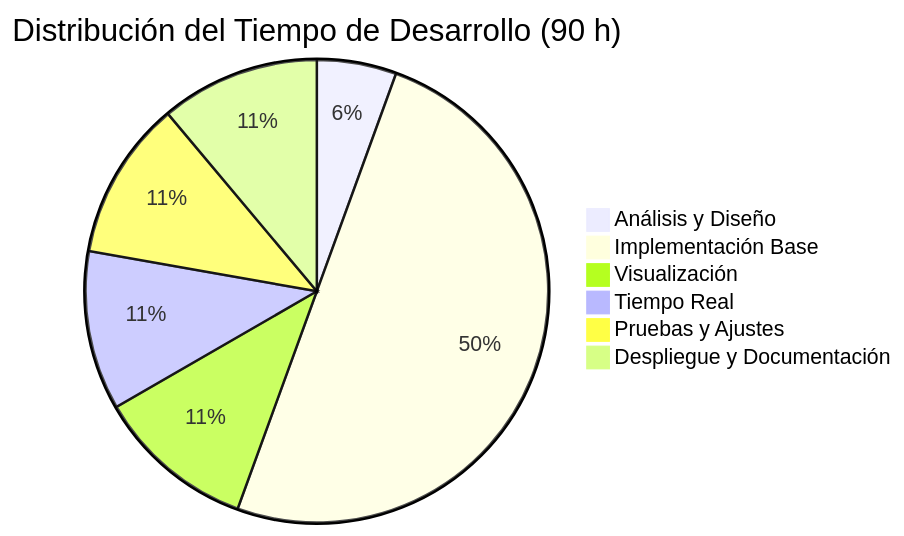
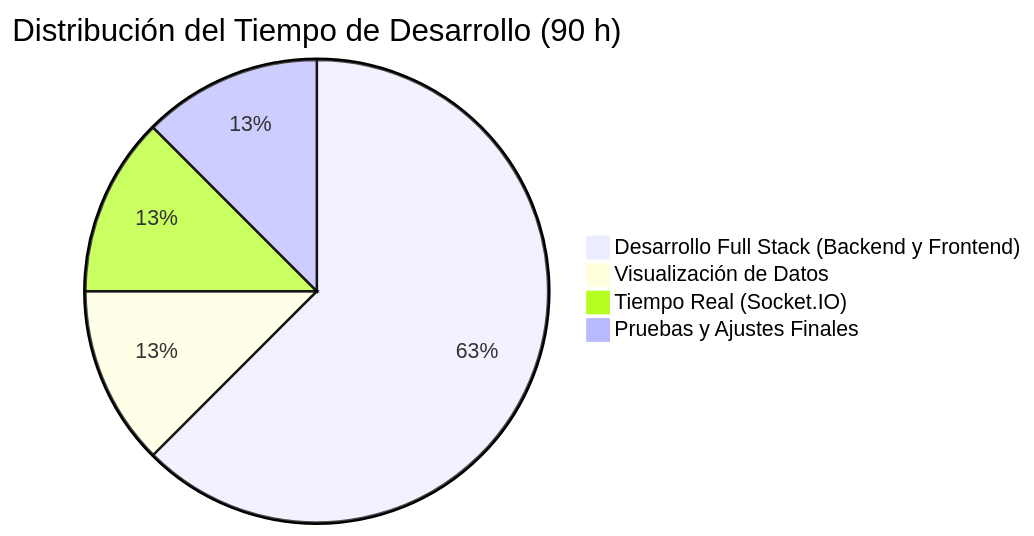
The sixth of 6 diagrams in README.md (Armadovich/BetterForms), drawn with Mermaid before and after one commit.

````diff
--- a/README.md
+++ b/README.md
@@ -202,10 +202,8 @@
 ```mermaid
 pie
     title Distribución del Tiempo de Desarrollo (90 h)
-    "Análisis y Diseño" : 5
-    "Implementación Base" : 45
-    "Visualización" : 10
-    "Tiempo Real" : 10
-    "Pruebas y Ajustes" : 10
-    "Despliegue y Documentación" : 10
+    "Desarrollo Full Stack (Backend y Frontend)" : 56.25
+    "Visualización de Datos" : 11.25
+    "Tiempo Real (Socket.IO)" : 11.25
+    "Pruebas y Ajustes Finales" : 11.25
 ```
````
